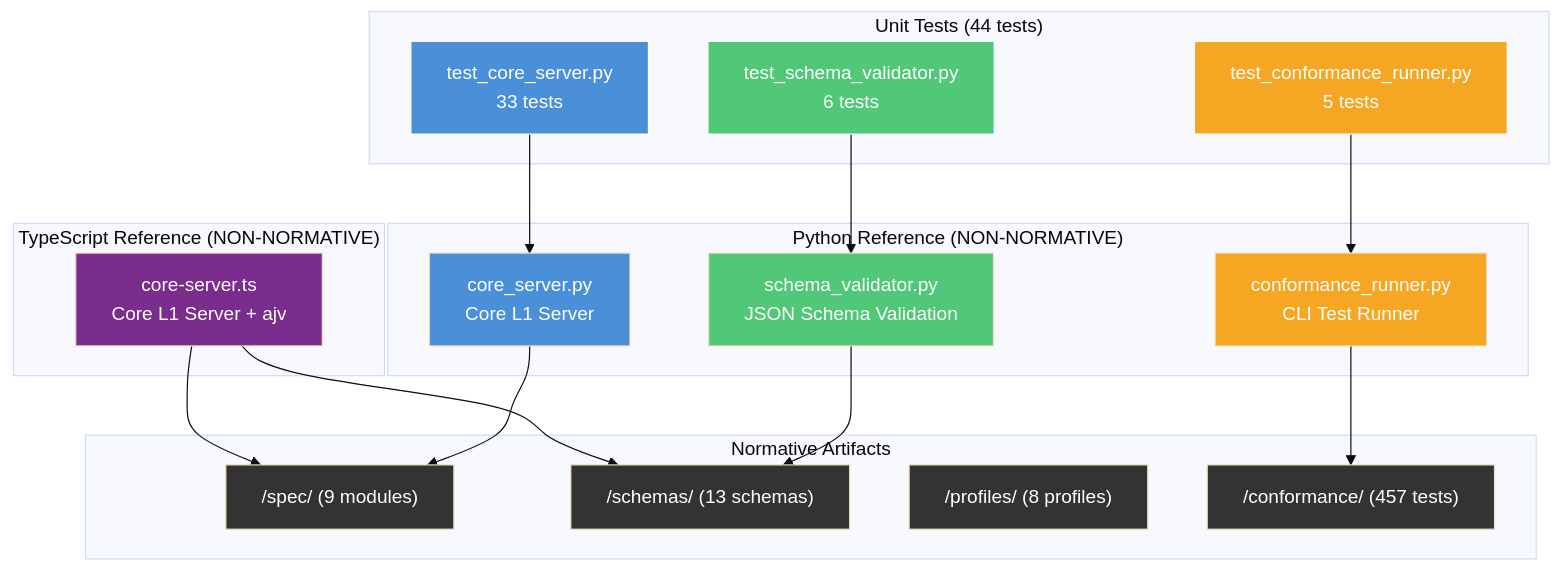
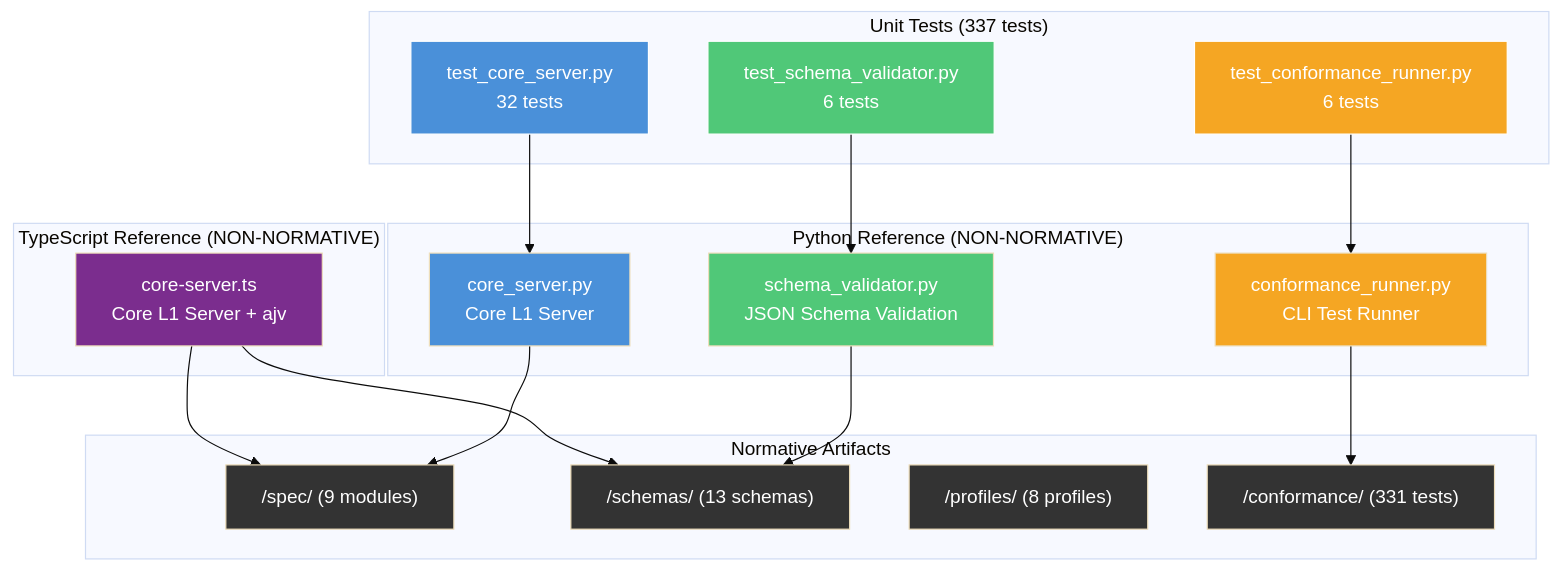
One commit to kevinkawchak/national-mcp-pai-oncology-trials changed the fourth of 13 diagrams in README.md. Above: the diagram before and after it, drawn with Mermaid (base theme). The commit also changed other lines of this file and 6 other files, not shown here.

````diff
--- a/README.md
+++ b/README.md
@@ -526,46 +526,46 @@
 ```mermaid
 graph TB
   subgraph "Python Reference (NON-NORMATIVE)"
     PCS[core_server.py<br/>Core L1 Server]
     PSV[schema_validator.py<br/>JSON Schema Validation]
     PCR[conformance_runner.py<br/>CLI Test Runner]
   end
 
   subgraph "TypeScript Reference (NON-NORMATIVE)"
     TCS[core-server.ts<br/>Core L1 Server + ajv]
   end
 
-  subgraph "Unit Tests (44 tests)"
-    TCS_T[test_core_server.py<br/>33 tests]
+  subgraph "Unit Tests (337 tests)"
+    TCS_T[test_core_server.py<br/>32 tests]
     TSV_T[test_schema_validator.py<br/>6 tests]
-    TCR_T[test_conformance_runner.py<br/>5 tests]
+    TCR_T[test_conformance_runner.py<br/>6 tests]
   end
 
   subgraph "Normative Artifacts"
     SPEC["/spec/ (9 modules)"]
     SCH["/schemas/ (13 schemas)"]
     PRO["/profiles/ (8 profiles)"]
-    CON["/conformance/ (457 tests)"]
+    CON["/conformance/ (331 tests)"]
   end
 
   PCS --> SPEC
   PSV --> SCH
   PCR --> CON
   TCS --> SCH
   TCS --> SPEC
   TCS_T --> PCS
   TSV_T --> PSV
   TCR_T --> PCR
 
   style PCS fill:#4A90D9,color:#fff
   style PSV fill:#50C878,color:#fff
   style PCR fill:#F5A623,color:#fff
   style TCS fill:#7B2D8E,color:#fff
   style TCS_T fill:#4A90D9,color:#fff,stroke:#fff
   style TSV_T fill:#50C878,color:#fff,stroke:#fff
   style TCR_T fill:#F5A623,color:#fff,stroke:#fff
   style SPEC fill:#333,color:#fff
   style SCH fill:#333,color:#fff
   style PRO fill:#333,color:#fff
   style CON fill:#333,color:#fff
 ```
````
